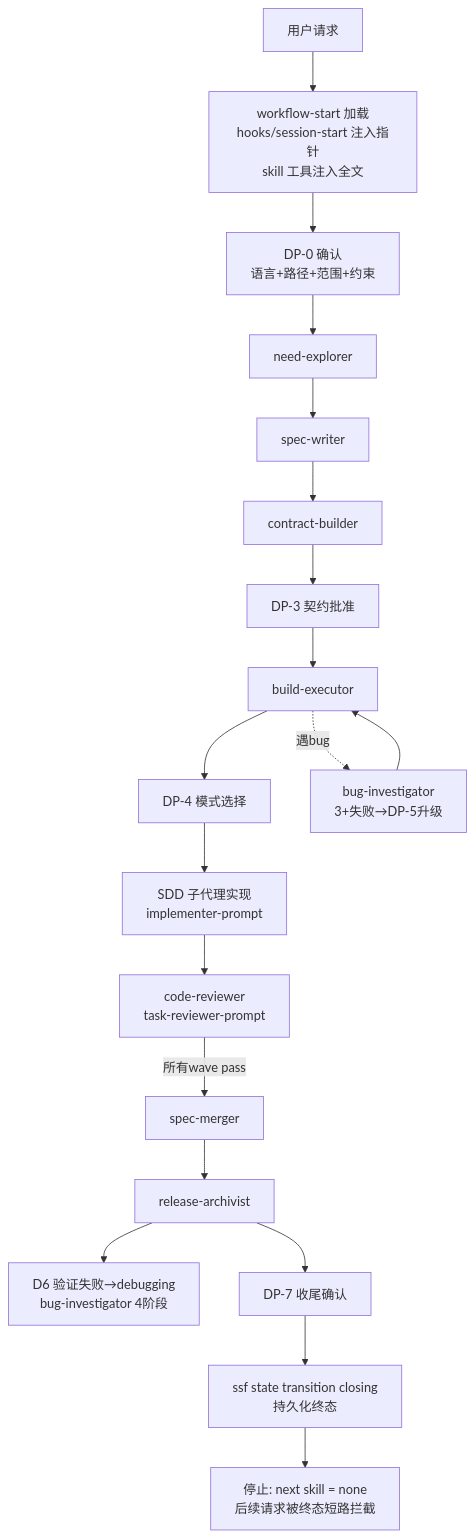
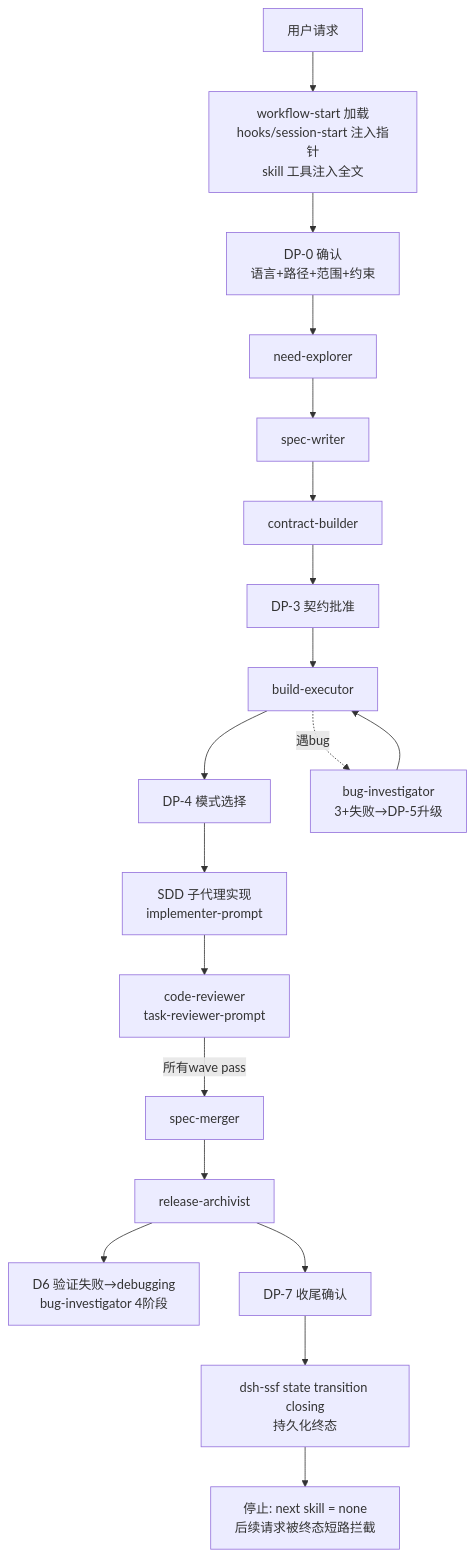
Before and after one commit to cinvymoe/dsh-ssf: the sixth of 6 diagrams in docs/workflow-start-flow.md, drawn with Mermaid. The commit also changed other lines of this file and 11 other files, not shown here.

````diff
--- a/docs/workflow-start-flow.md
+++ b/docs/workflow-start-flow.md
@@ -106,21 +106,21 @@
 ```mermaid
 flowchart TD
     U[用户请求] --> W[workflow-start 加载<br/>hooks/session-start 注入指针<br/>skill 工具注入全文]
     W --> D0[DP-0 确认<br/>语言+路径+范围+约束]
     D0 --> NE[need-explorer]
     NE --> SW[spec-writer]
     SW --> CB[contract-builder]
     CB --> D3[DP-3 契约批准]
     D3 --> BE[build-executor]
     BE --> D4[DP-4 模式选择]
     D4 --> SDD[SDD 子代理实现<br/>implementer-prompt]
     SDD --> CR[code-reviewer<br/>task-reviewer-prompt]
     CR -->|所有wave pass| SM[spec-merger]
     SM --> RA[release-archivist]
     RA --> D6[D6 验证失败→debugging<br/>bug-investigator 4阶段]
     RA --> D7[DP-7 收尾确认]
-    D7 --> CL[ssf state transition closing<br/>持久化终态]
+    D7 --> CL[dsh-ssf state transition closing<br/>持久化终态]
     CL --> STOP[停止: next skill = none<br/>后续请求被终态短路拦截]
     BE -.遇bug.-> BI[bug-investigator<br/>3+失败→DP-5升级]
     BI --> BE
 ```
````
